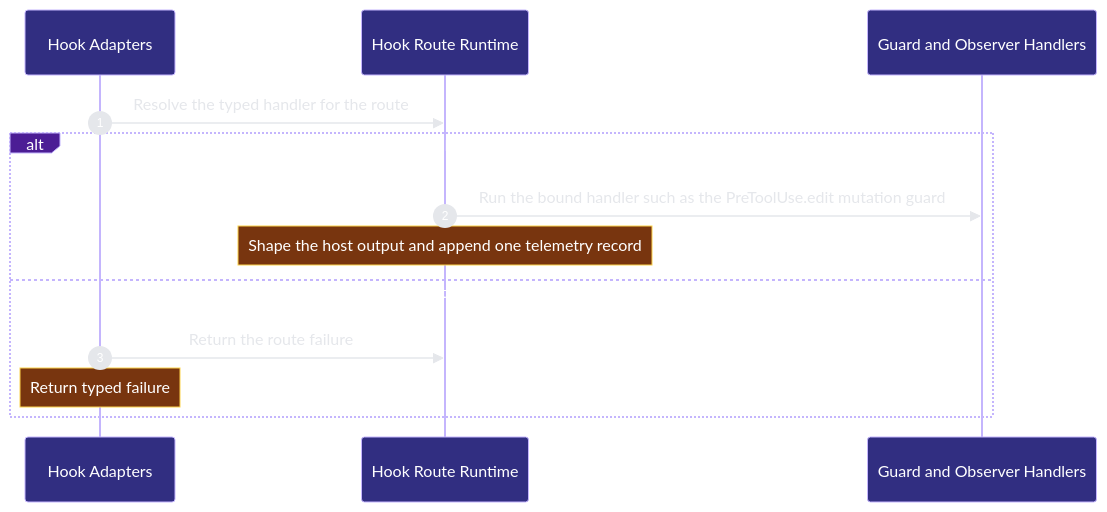
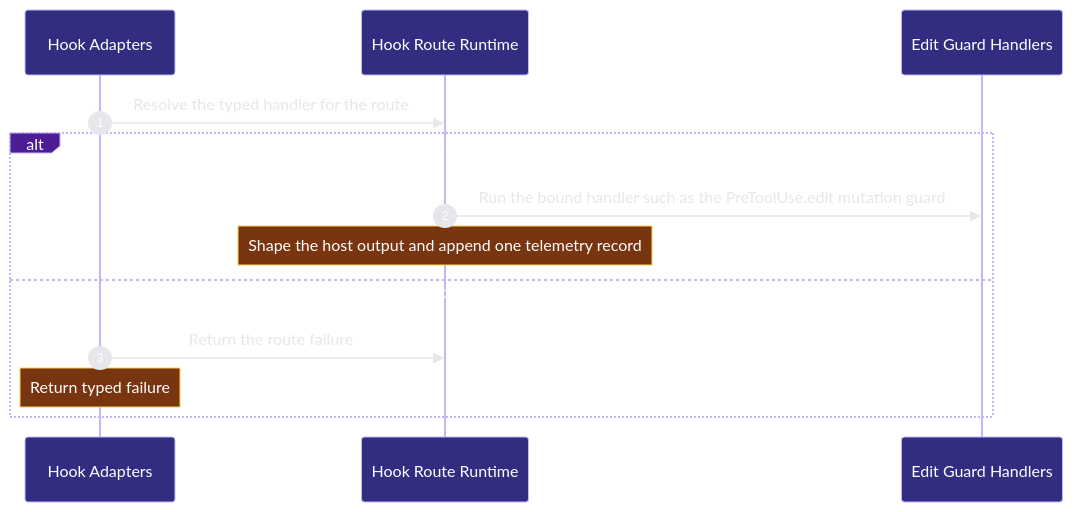
One commit to Ancienttwo/repo-harness changed the third of 4 diagrams in docs/architecture/modules/runtime-harness/hook-adapters.md. Above: the diagram before and after it, drawn with Mermaid. The commit also changed other lines of this file and 19 other files, not shown here.

First line of the commit message:
docs(architecture): remove the Pi host and the deleted hook routes from the model (#766)

````diff
--- a/docs/architecture/modules/runtime-harness/hook-adapters.md
+++ b/docs/architecture/modules/runtime-harness/hook-adapters.md
@@ -131,16 +131,16 @@
 ```mermaid
 %%{init: {"theme":"base","themeVariables":{"background":"#0d1117","actorBkg":"#312e81","actorBorder":"#c4b5fd","actorTextColor":"#ffffff","signalColor":"#e5e7eb","signalTextColor":"#e5e7eb","labelBoxBkgColor":"#4c1d95","labelBoxBorderColor":"#c4b5fd","labelTextColor":"#ffffff","noteBkgColor":"#78350f","noteBorderColor":"#fcd34d","noteTextColor":"#ffffff","sequenceNumberColor":"#ffffff"}}}%%
 sequenceDiagram
   autonumber
   participant p2_capability_4262990f as Hook Adapters
   participant p2_route_runtime_281dbb1e as Hook Route Runtime
-  participant p2_edit_guards_5119ddfa as Guard and Observer Handlers
+  participant p2_edit_guards_5119ddfa as Edit Guard Handlers
   p2_capability_4262990f->>p2_route_runtime_281dbb1e: Resolve the typed handler for the route
   alt The typed handler returns a structured result
   p2_route_runtime_281dbb1e->>p2_edit_guards_5119ddfa: Run the bound handler such as the PreToolUse.edit mutation guard
     Note over p2_route_runtime_281dbb1e: Shape the host output and append one telemetry record
   else An unknown route or unbound handler fails closed
   p2_capability_4262990f->>p2_route_runtime_281dbb1e: Return the route failure
     Note over p2_capability_4262990f: Return typed failure
   end
 ```
````
